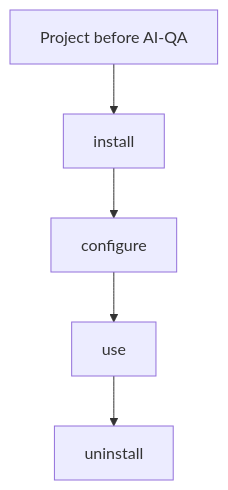
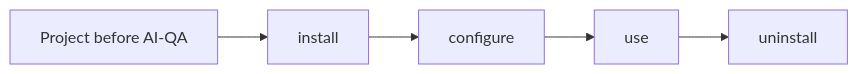
The first of 5 diagrams in docs/flows/04-file-lifecycle.md (bmad-kainos/ai-qa), drawn with Mermaid before and after one commit. The commit also changed other lines of this file, not shown here.

Commit message:
docs: show file lifecycle stages as diagrams

````diff
--- a/docs/flows/04-file-lifecycle.md
+++ b/docs/flows/04-file-lifecycle.md
@@ -5,7 +5,4 @@
 ```mermaid
-flowchart TD
-  P0["Project before AI-QA"] --> I["install"]
-  I --> C["configure"]
-  C --> U["use"]
-  U --> X["uninstall"]
+flowchart LR
+  P0["Project before AI-QA"] --> I["install"] --> C["configure"] --> U["use"] --> X["uninstall"]
 ```
````
